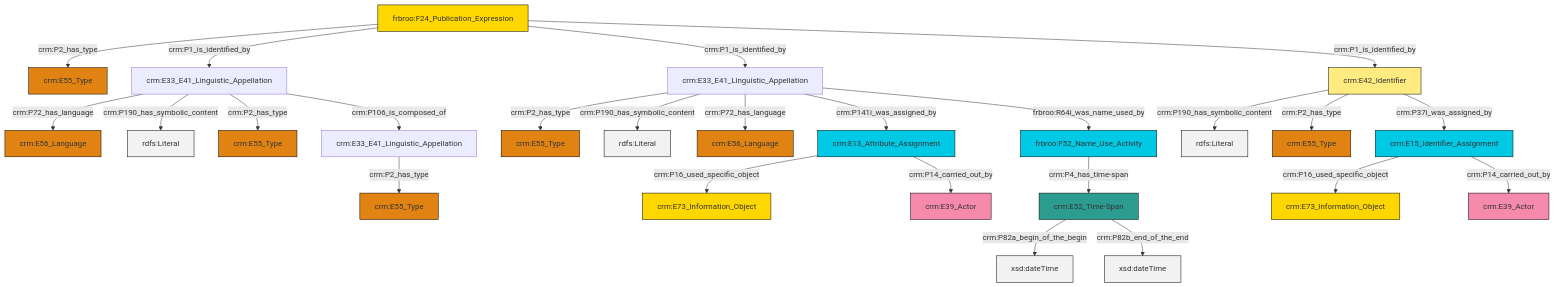
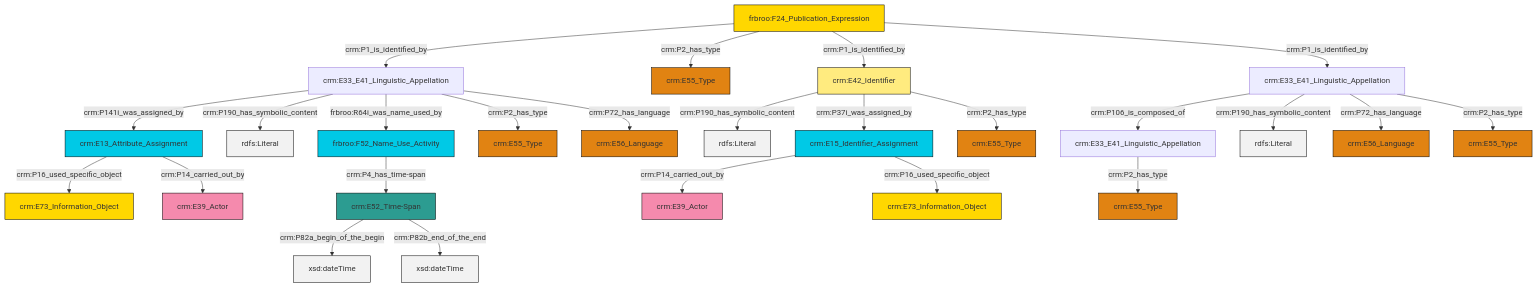
One commit to swiss-art-research-net/docs.swissartresearch changed the diagram in et/biblioCSV/ttl/mmd/biblio_name.ttl.mmd. Above: the diagram before and after it, drawn with Mermaid. The commit also changed 128 other files, not shown here.

```diff
--- a/et/biblioCSV/ttl/mmd/biblio_name.ttl.mmd
+++ b/et/biblioCSV/ttl/mmd/biblio_name.ttl.mmd
@@ -1,39 +1,39 @@
 graph TD
 classDef Literal fill:#f2f2f2,stroke:#000000;
 classDef CRM_Entity fill:#FFFFFF,stroke:#000000;
 classDef Temporal_Entity fill:#00C9E6, stroke:#000000;
 classDef Type fill:#E18312, stroke:#000000;
 classDef Time-Span fill:#2C9C91, stroke:#000000;
 classDef Appellation fill:#FFEB7F, stroke:#000000;
 classDef Place fill:#008836, stroke:#000000;
 classDef Persistent_Item fill:#B266B2, stroke:#000000;
 classDef Conceptual_Object fill:#FFD700, stroke:#000000;
 classDef Physical_Thing fill:#D2B48C, stroke:#000000;
 classDef Actor fill:#f58aad, stroke:#000000;
 classDef PC_Classes fill:#4ce600, stroke:#000000;
 classDef Multi fill:#cccccc,stroke:#000000;
 
-4["crm:E33_E41_Linguistic_Appellation"]:::Default -->|crm:P2_has_type| 5["crm:E55_Type"]:::Type
-14["crm:E42_Identifier"]:::Appellation -->|crm:P190_has_symbolic_content| 15[rdfs:Literal]:::Literal
-4["crm:E33_E41_Linguistic_Appellation"]:::Default -->|crm:P190_has_symbolic_content| 16[rdfs:Literal]:::Literal
-4["crm:E33_E41_Linguistic_Appellation"]:::Default -->|crm:P72_has_language| 17["crm:E56_Language"]:::Type
-6["crm:E33_E41_Linguistic_Appellation"]:::Default -->|crm:P72_has_language| 18["crm:E56_Language"]:::Type
-21["crm:E13_Attribute_Assignment"]:::Temporal_Entity -->|crm:P16_used_specific_object| 19["crm:E73_Information_Object"]:::Conceptual_Object
-4["crm:E33_E41_Linguistic_Appellation"]:::Default -->|crm:P141i_was_assigned_by| 21["crm:E13_Attribute_Assignment"]:::Temporal_Entity
-21["crm:E13_Attribute_Assignment"]:::Temporal_Entity -->|crm:P14_carried_out_by| 8["crm:E39_Actor"]:::Actor
-6["crm:E33_E41_Linguistic_Appellation"]:::Default -->|crm:P190_has_symbolic_content| 28[rdfs:Literal]:::Literal
-4["crm:E33_E41_Linguistic_Appellation"]:::Default -->|frbroo:R64i_was_name_used_by| 29["frbroo:F52_Name_Use_Activity"]:::Temporal_Entity
-10["frbroo:F24_Publication_Expression"]:::Conceptual_Object -->|crm:P2_has_type| 0["crm:E55_Type"]:::Type
-14["crm:E42_Identifier"]:::Appellation -->|crm:P2_has_type| 32["crm:E55_Type"]:::Type
-23["crm:E52_Time-Span"]:::Time-Span -->|crm:P82a_begin_of_the_begin| 33[xsd:dateTime]:::Literal
-34["crm:E15_Identifier_Assignment"]:::Temporal_Entity -->|crm:P16_used_specific_object| 26["crm:E73_Information_Object"]:::Conceptual_Object
-6["crm:E33_E41_Linguistic_Appellation"]:::Default -->|crm:P2_has_type| 30["crm:E55_Type"]:::Type
-23["crm:E52_Time-Span"]:::Time-Span -->|crm:P82b_end_of_the_end| 35[xsd:dateTime]:::Literal
-10["frbroo:F24_Publication_Expression"]:::Conceptual_Object -->|crm:P1_is_identified_by| 6["crm:E33_E41_Linguistic_Appellation"]:::Default
-34["crm:E15_Identifier_Assignment"]:::Temporal_Entity -->|crm:P14_carried_out_by| 2["crm:E39_Actor"]:::Actor
-10["frbroo:F24_Publication_Expression"]:::Conceptual_Object -->|crm:P1_is_identified_by| 4["crm:E33_E41_Linguistic_Appellation"]:::Default
-29["frbroo:F52_Name_Use_Activity"]:::Temporal_Entity -->|crm:P4_has_time-span| 23["crm:E52_Time-Span"]:::Time-Span
-6["crm:E33_E41_Linguistic_Appellation"]:::Default -->|crm:P106_is_composed_of| 12["crm:E33_E41_Linguistic_Appellation"]:::Default
-12["crm:E33_E41_Linguistic_Appellation"]:::Default -->|crm:P2_has_type| 41["crm:E55_Type"]:::Type
-14["crm:E42_Identifier"]:::Appellation -->|crm:P37i_was_assigned_by| 34["crm:E15_Identifier_Assignment"]:::Temporal_Entity
-10["frbroo:F24_Publication_Expression"]:::Conceptual_Object -->|crm:P1_is_identified_by| 14["crm:E42_Identifier"]:::Appellation
+0["crm:E33_E41_Linguistic_Appellation"]:::Default -->|crm:P141i_was_assigned_by| 1["crm:E13_Attribute_Assignment"]:::Temporal_Entity
+4["frbroo:F24_Publication_Expression"]:::Conceptual_Object -->|crm:P1_is_identified_by| 0["crm:E33_E41_Linguistic_Appellation"]:::Default
+0["crm:E33_E41_Linguistic_Appellation"]:::Default -->|crm:P190_has_symbolic_content| 11[rdfs:Literal]:::Literal
+1["crm:E13_Attribute_Assignment"]:::Temporal_Entity -->|crm:P16_used_specific_object| 9["crm:E73_Information_Object"]:::Conceptual_Object
+4["frbroo:F24_Publication_Expression"]:::Conceptual_Object -->|crm:P2_has_type| 14["crm:E55_Type"]:::Type
+18["crm:E33_E41_Linguistic_Appellation"]:::Default -->|crm:P106_is_composed_of| 19["crm:E33_E41_Linguistic_Appellation"]:::Default
+18["crm:E33_E41_Linguistic_Appellation"]:::Default -->|crm:P190_has_symbolic_content| 22[rdfs:Literal]:::Literal
+4["frbroo:F24_Publication_Expression"]:::Conceptual_Object -->|crm:P1_is_identified_by| 2["crm:E42_Identifier"]:::Appellation
+2["crm:E42_Identifier"]:::Appellation -->|crm:P190_has_symbolic_content| 26[rdfs:Literal]:::Literal
+4["frbroo:F24_Publication_Expression"]:::Conceptual_Object -->|crm:P1_is_identified_by| 18["crm:E33_E41_Linguistic_Appellation"]:::Default
+19["crm:E33_E41_Linguistic_Appellation"]:::Default -->|crm:P2_has_type| 7["crm:E55_Type"]:::Type
+27["frbroo:F52_Name_Use_Activity"]:::Temporal_Entity -->|crm:P4_has_time-span| 30["crm:E52_Time-Span"]:::Time-Span
+32["crm:E15_Identifier_Assignment"]:::Temporal_Entity -->|crm:P14_carried_out_by| 12["crm:E39_Actor"]:::Actor
+0["crm:E33_E41_Linguistic_Appellation"]:::Default -->|frbroo:R64i_was_name_used_by| 27["frbroo:F52_Name_Use_Activity"]:::Temporal_Entity
+0["crm:E33_E41_Linguistic_Appellation"]:::Default -->|crm:P2_has_type| 20["crm:E55_Type"]:::Type
+2["crm:E42_Identifier"]:::Appellation -->|crm:P37i_was_assigned_by| 32["crm:E15_Identifier_Assignment"]:::Temporal_Entity
+1["crm:E13_Attribute_Assignment"]:::Temporal_Entity -->|crm:P14_carried_out_by| 34["crm:E39_Actor"]:::Actor
+30["crm:E52_Time-Span"]:::Time-Span -->|crm:P82a_begin_of_the_begin| 44[xsd:dateTime]:::Literal
+30["crm:E52_Time-Span"]:::Time-Span -->|crm:P82b_end_of_the_end| 45[xsd:dateTime]:::Literal
+18["crm:E33_E41_Linguistic_Appellation"]:::Default -->|crm:P72_has_language| 23["crm:E56_Language"]:::Type
+18["crm:E33_E41_Linguistic_Appellation"]:::Default -->|crm:P2_has_type| 5["crm:E55_Type"]:::Type
+0["crm:E33_E41_Linguistic_Appellation"]:::Default -->|crm:P72_has_language| 40["crm:E56_Language"]:::Type
+32["crm:E15_Identifier_Assignment"]:::Temporal_Entity -->|crm:P16_used_specific_object| 15["crm:E73_Information_Object"]:::Conceptual_Object
+2["crm:E42_Identifier"]:::Appellation -->|crm:P2_has_type| 42["crm:E55_Type"]:::Type
```
